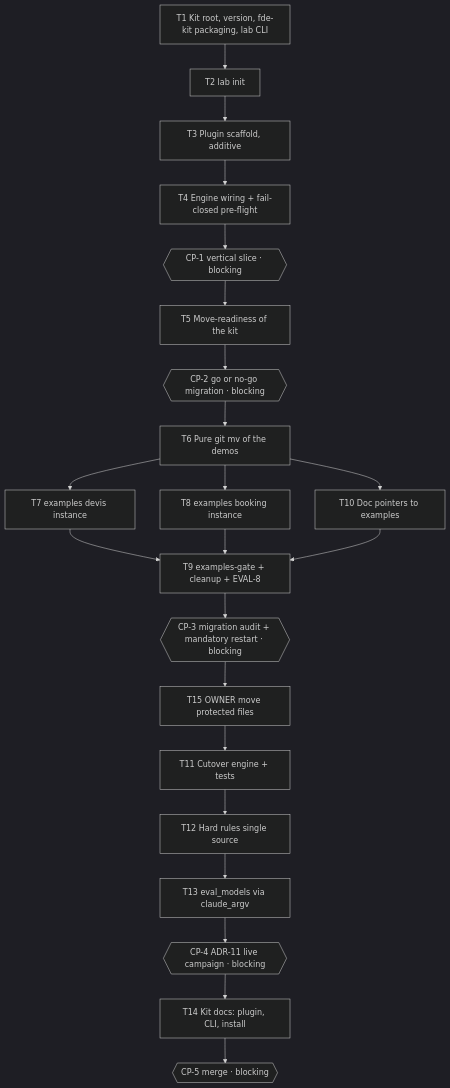
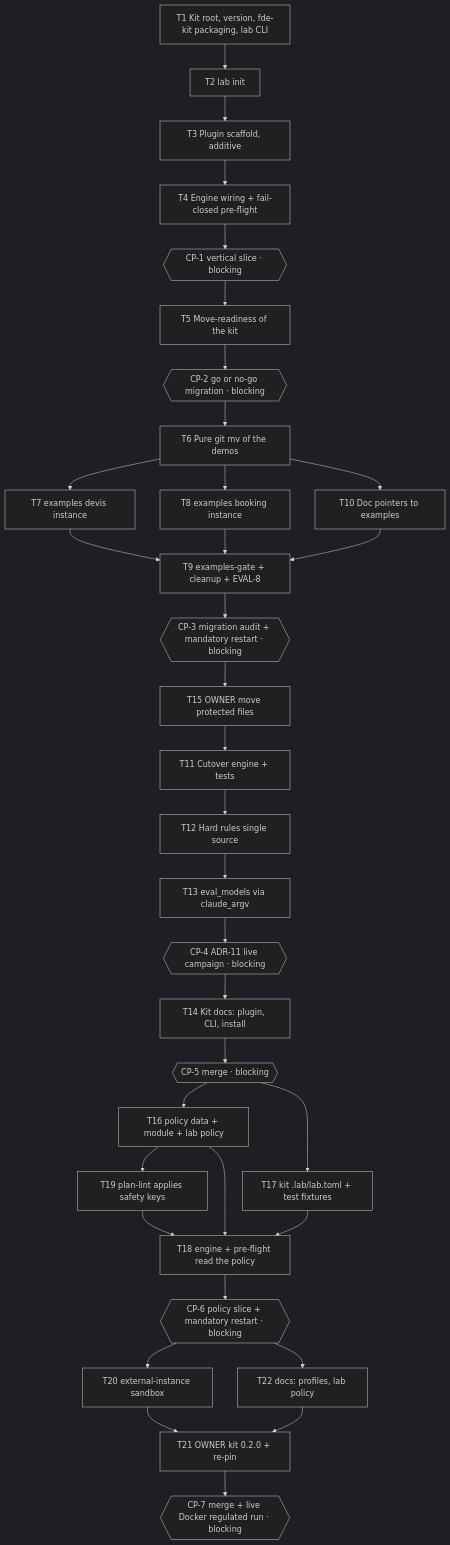
Before and after one commit to antoinelef23/AI-Workflow-gates: the diagram in work/fde-kit/tasks.md, drawn with Mermaid (dark theme). The commit also changed other lines of this file, not shown here.

First line of the commit message:
docs(fde-kit): iteration-2 plan proposed — T16..T22, CP-6, CP-7 [BHV-3, INV-2, INV-3, INV-5, INV-1, INV-7]

````diff
--- a/work/fde-kit/tasks.md
+++ b/work/fde-kit/tasks.md
@@ -116,24 +131,36 @@
 ```mermaid
 flowchart TD
     T1[T1 Kit root, version, fde-kit packaging, lab CLI] --> T2[T2 lab init]
     T2 --> T3[T3 Plugin scaffold, additive]
     T3 --> T4[T4 Engine wiring + fail-closed pre-flight]
     T4 --> CP1{{CP-1 vertical slice · blocking}}
     CP1 --> T5[T5 Move-readiness of the kit]
     T5 --> CP2{{CP-2 go or no-go migration · blocking}}
     CP2 --> T6[T6 Pure git mv of the demos]
     T6 --> T7[T7 examples devis instance]
     T6 --> T8[T8 examples booking instance]
     T6 --> T10[T10 Doc pointers to examples]
     T7 --> T9[T9 examples-gate + cleanup + EVAL-8]
     T8 --> T9
     T10 --> T9
     T9 --> CP3{{CP-3 migration audit + mandatory restart · blocking}}
     CP3 --> T15[T15 OWNER move protected files]
     T15 --> T11[T11 Cutover engine + tests]
     T11 --> T12[T12 Hard rules single source]
     T12 --> T13[T13 eval_models via claude_argv]
     T13 --> CP4{{CP-4 ADR-11 live campaign · blocking}}
     CP4 --> T14[T14 Kit docs: plugin, CLI, install]
     T14 --> CP5{{CP-5 merge · blocking}}
+    CP5 --> T16[T16 policy data + module + lab policy]
+    CP5 --> T17[T17 kit .lab/lab.toml + test fixtures]
+    T16 --> T19[T19 plan-lint applies safety keys]
+    T16 --> T18[T18 engine + pre-flight read the policy]
+    T17 --> T18
+    T19 --> T18
+    T18 --> CP6{{CP-6 policy slice + mandatory restart · blocking}}
+    CP6 --> T20[T20 external-instance sandbox]
+    CP6 --> T22[T22 docs: profiles, lab policy]
+    T20 --> T21[T21 OWNER kit 0.2.0 + re-pin]
+    T22 --> T21
+    T21 --> CP7{{CP-7 merge + live Docker regulated run · blocking}}
 ```
````
